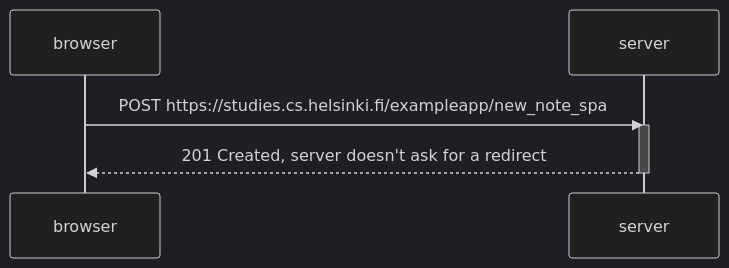
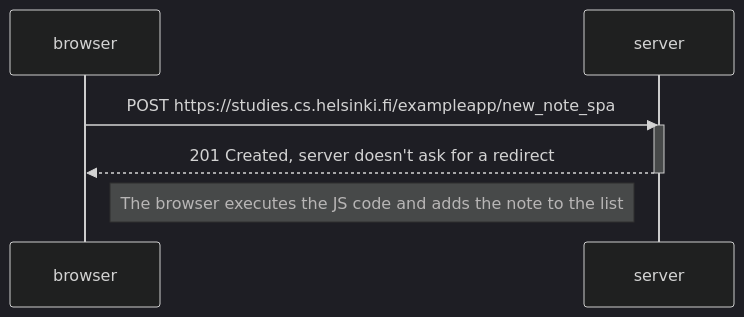
The diagram in part0/0.6_New_note_in_Single_page_app_diagram.md (ilmarioivanen/fullstackopen), drawn with Mermaid (dark theme) before and after one commit.

````diff
--- a/part0/0.6_New_note_in_Single_page_app_diagram.md
+++ b/part0/0.6_New_note_in_Single_page_app_diagram.md
@@ -1,11 +1,13 @@
 ```mermaid
 sequenceDiagram
     participant browser
     participant server
 
     browser->>server: POST https://studies.cs.helsinki.fi/exampleapp/new_note_spa
     activate server
     server-->>browser: 201 Created, server doesn't ask for a redirect
     deactivate server
 
+    Note right of browser: The browser executes the JS code and adds the note to the list
+
 ```
````
